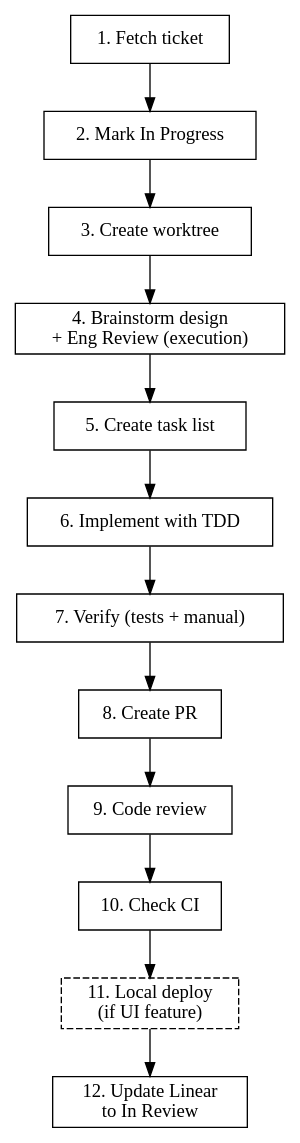
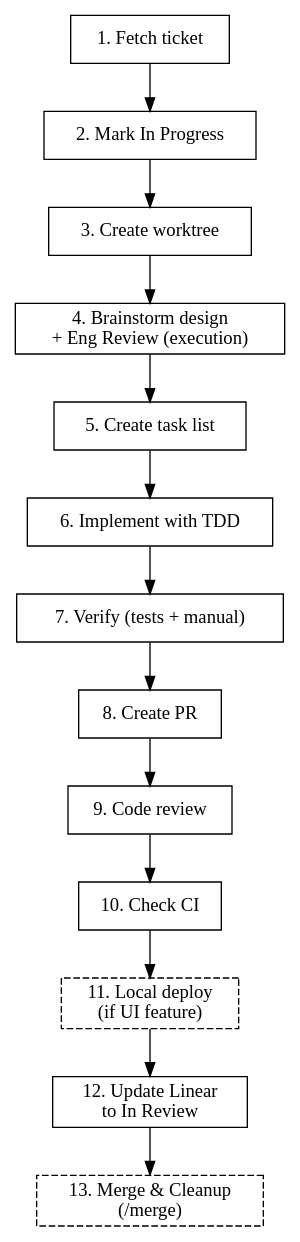
One commit to ianmartorell/claude-config changed the diagram in skills/starting-linear-ticket/SKILL.md. Above: the diagram before and after it, drawn with Graphviz. The commit also changed other lines of this file and 1 other file, not shown here.

Commit message:
Add pre-implementation plan checkpoint + merge ceremony step to linear ticket skill

````diff
--- a/skills/starting-linear-ticket/SKILL.md
+++ b/skills/starting-linear-ticket/SKILL.md
@@ -85,20 +85,22 @@
 ```dot
 digraph workflow {
     rankdir=TB;
 
     fetch [label="1. Fetch ticket", shape=box];
     progress [label="2. Mark In Progress", shape=box];
     worktree [label="3. Create worktree", shape=box];
     brainstorm [label="4. Brainstorm design\n+ Eng Review (execution)", shape=box];
     todos [label="5. Create task list", shape=box];
     tdd [label="6. Implement with TDD", shape=box];
     verify [label="7. Verify (tests + manual)", shape=box];
     pr [label="8. Create PR", shape=box];
     codereview [label="9. Code review", shape=box];
     ci [label="10. Check CI", shape=box];
     localtest [label="11. Local deploy\n(if UI feature)", shape=box, style=dashed];
     review [label="12. Update Linear\nto In Review", shape=box];
 
-    fetch -> progress -> worktree -> brainstorm -> todos -> tdd -> verify -> pr -> codereview -> ci -> localtest -> review;
+    merge [label="13. Merge & Cleanup\n(/merge)", shape=box, style=dashed];
+
+    fetch -> progress -> worktree -> brainstorm -> todos -> tdd -> verify -> pr -> codereview -> ci -> localtest -> review -> merge;
 }
 ```
````
